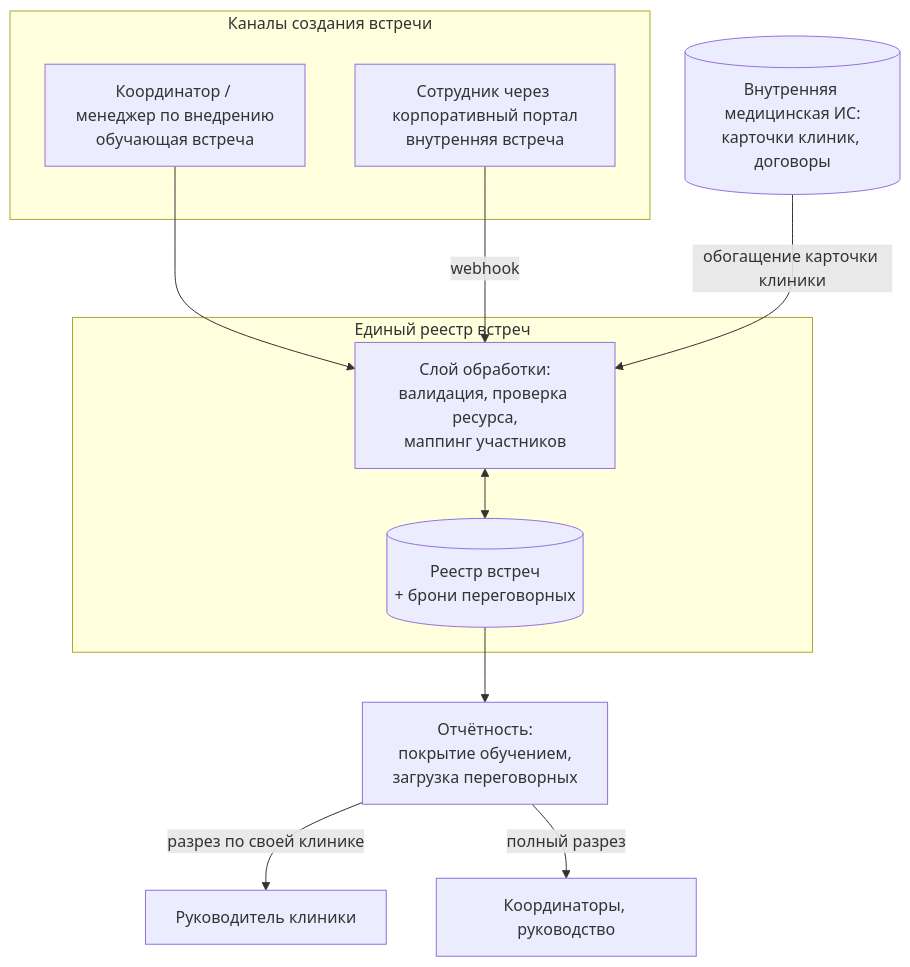
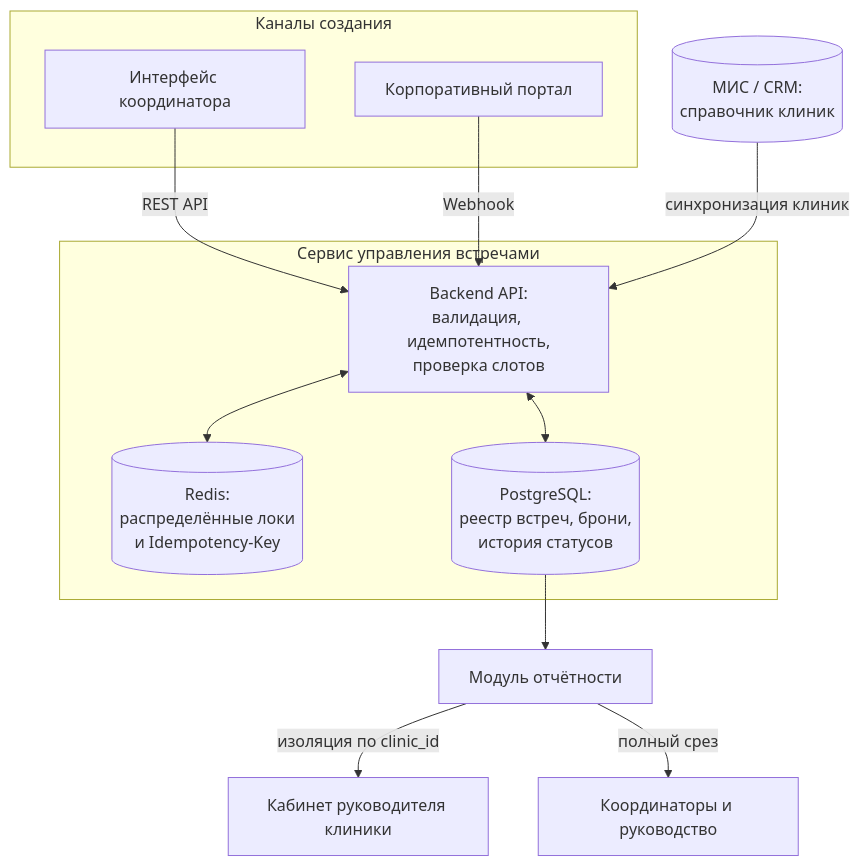
Before and after one commit to doomsdayoff/system-analysis-portfolio: the first of 4 diagrams in case-01-meeting-room-management/README.md, drawn with Mermaid. The commit also changed other lines of this file and 4 other files, not shown here.

````diff
--- a/case-01-meeting-room-management/README.md
+++ b/case-01-meeting-room-management/README.md
@@ -75,20 +51,22 @@
 ```mermaid
 flowchart TB
-    subgraph channels["Каналы создания встречи"]
-        C1[Координатор / менеджер по внедрению<br/>обучающая встреча]
-        C2[Сотрудник через корпоративный портал<br/>внутренняя встреча]
+    subgraph channels["Каналы создания"]
+        C1[Интерфейс координатора]
+        C2[Корпоративный портал]
     end
-    subgraph core["Единый реестр встреч"]
-        MW[Слой обработки:<br/>валидация, проверка ресурса,<br/>маппинг участников]
-        REG[(Реестр встреч<br/>+ брони переговорных)]
+    subgraph core["Сервис управления встречами"]
+        MW[Backend API:<br/>валидация, идемпотентность,<br/>проверка слотов]
+        LK[(Redis:<br/>распределённые локи<br/>и Idempotency-Key)]
+        REG[(PostgreSQL:<br/>реестр встреч, брони,<br/>история статусов)]
     end
-    MIS[(Внутренняя медицинская ИС:<br/>карточки клиник, договоры)]
-    RPT[Отчётность:<br/>покрытие обучением,<br/>загрузка переговорных]
-    C1 --> MW
-    C2 -->|webhook| MW
+    MIS[(МИС / CRM:<br/>справочник клиник)]
+    RPT[Модуль отчётности]
+    C1 -->|REST API| MW
+    C2 -->|Webhook| MW
+    MW <--> LK
     MW <--> REG
-    MIS -->|обогащение карточки клиники| MW
+    MIS -->|синхронизация клиник| MW
     REG --> RPT
-    RPT -->|разрез по своей клинике| EXT[Руководитель клиники]
-    RPT -->|полный разрез| INT[Координаторы, руководство]
+    RPT -->|изоляция по clinic_id| EXT[Кабинет руководителя клиники]
+    RPT -->|полный срез| INT[Координаторы и руководство]
 ```
````
